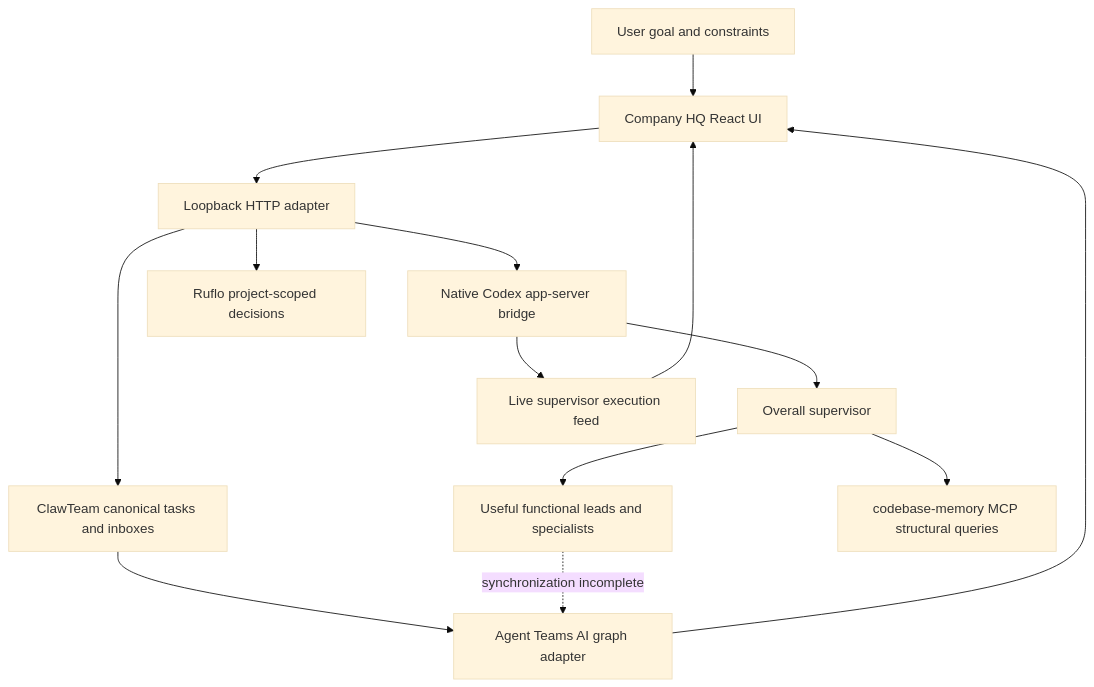
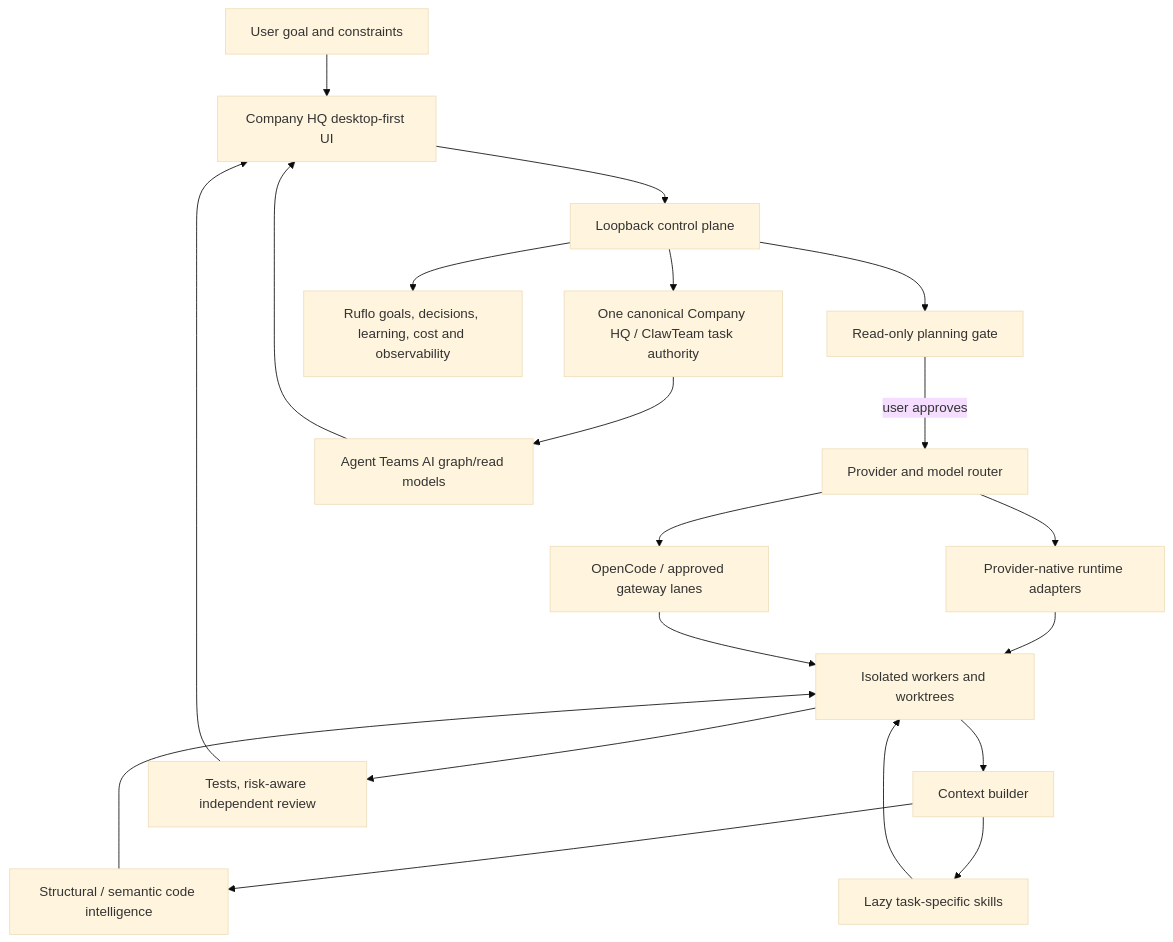
The diagram in docs/ARCHITECTURE.md (Dhanunjay-Divi/company-hq), drawn with Mermaid (base theme) before and after one commit. The commit also changed other lines of this file, not shown here.

Commit message:
Update architecture for best-of plan-first control plane

````diff
--- a/docs/ARCHITECTURE.md
+++ b/docs/ARCHITECTURE.md
@@ -3,16 +3,22 @@
 ```mermaid
 flowchart TD
-  User[User goal and constraints] --> UI[Company HQ React UI]
-  UI --> API[Loopback HTTP adapter]
-  API --> Runtime[Native Codex app-server bridge]
-  Runtime --> Head[Overall supervisor]
-  Head --> Leads[Useful functional leads and specialists]
-  API --> Tasks[ClawTeam canonical tasks and inboxes]
-  API --> Memory[Ruflo project-scoped decisions]
-  Head --> Code[codebase-memory MCP structural queries]
-  Tasks --> Graph[Agent Teams AI graph adapter]
-  Runtime --> Feed[Live supervisor execution feed]
-  Leads -. synchronization incomplete .-> Graph
+  User[User goal and constraints] --> UI[Company HQ desktop-first UI]
+  UI --> API[Loopback control plane]
+  API --> Plan[Read-only planning gate]
+  Plan -->|user approves| Router[Provider and model router]
+  Router --> Native[Provider-native runtime adapters]
+  Router --> OpenCode[OpenCode / approved gateway lanes]
+  Native --> Workers[Isolated workers and worktrees]
+  OpenCode --> Workers
+  API --> Tasks[One canonical Company HQ / ClawTeam task authority]
+  API --> Ruflo[Ruflo goals, decisions, learning, cost and observability]
+  Workers --> Context[Context builder]
+  Context --> Code[Structural / semantic code intelligence]
+  Context --> Skills[Lazy task-specific skills]
+  Code --> Workers
+  Skills --> Workers
+  Workers --> Review[Tests, risk-aware independent review]
+  Review --> UI
+  Tasks --> Graph[Agent Teams AI graph/read models]
   Graph --> UI
-  Feed --> UI
 ```
````
